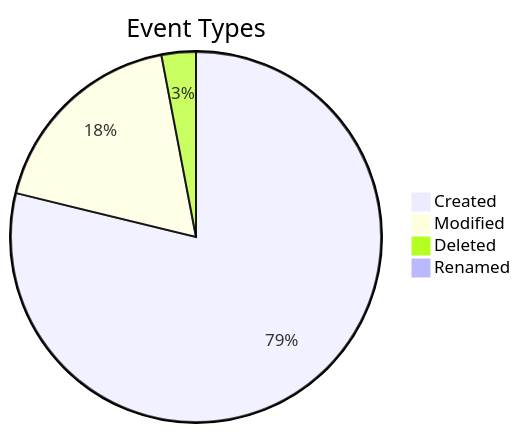
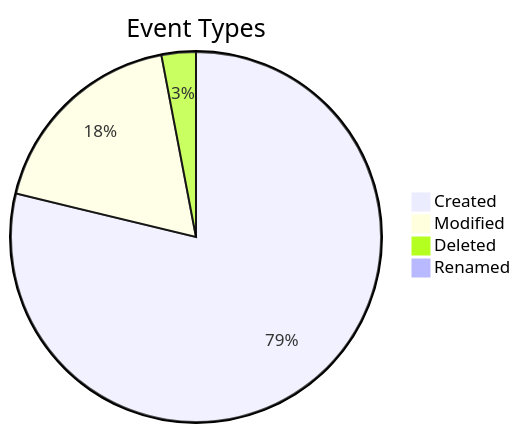
The diagram in OBSERVATORIES/Activity Observatory.md (aetrigg/obsidian-universe-public), drawn with Mermaid before and after one commit. The commit also changed other lines of this file, not shown here.

````diff
--- a/OBSERVATORIES/Activity Observatory.md
+++ b/OBSERVATORIES/Activity Observatory.md
@@ -32,8 +32,8 @@
 ```mermaid
 pie
     title Event Types
     "Created" : 22223
-    "Modified" : 5130
+    "Modified" : 5141
     "Deleted" : 845
     "Renamed" : 81
 ```
````
